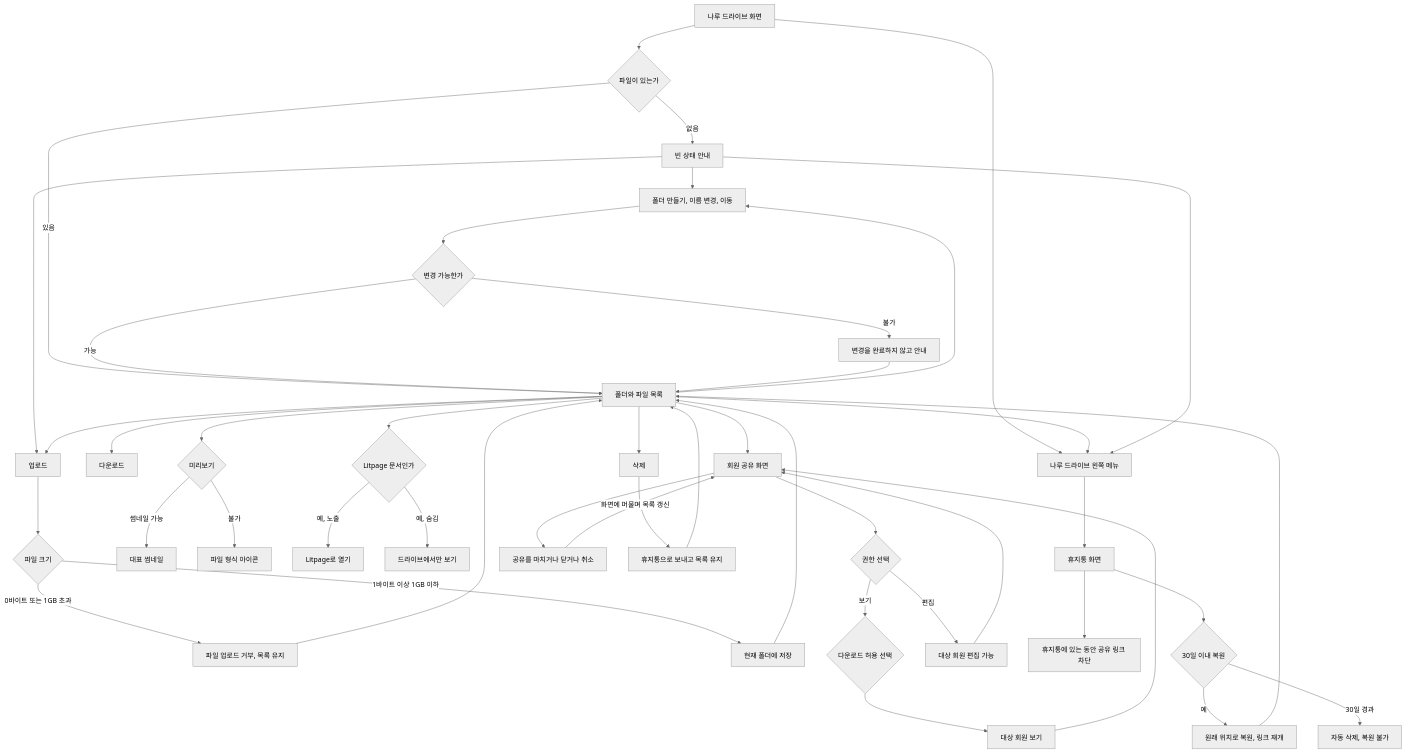
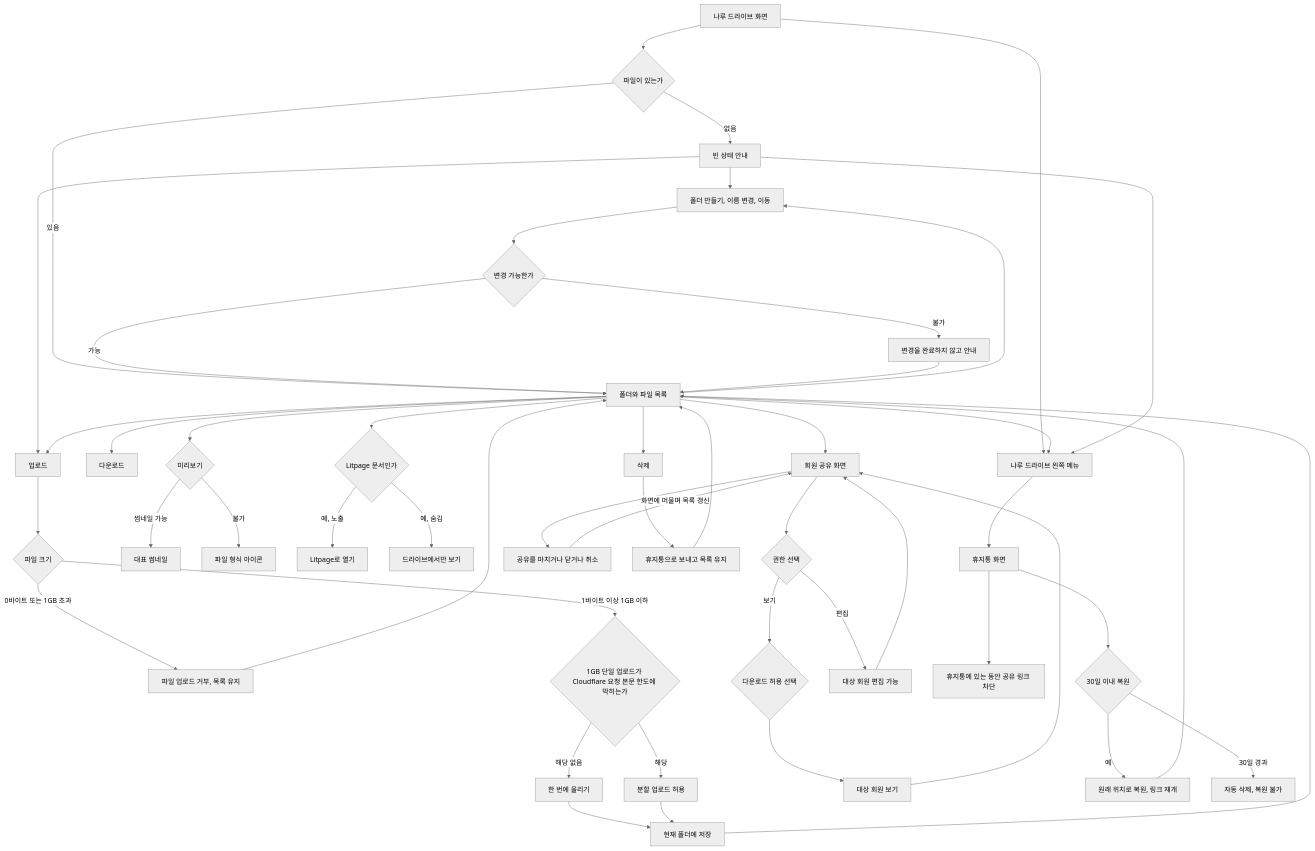
The third of 7 diagrams in docs/01-planning/user-flow/UF.md (HoBaeBang/naruworks-platform), drawn with Mermaid (neutral theme) before and after one commit. The commit also changed other lines of this file and 16 other files, not shown here.

````diff
--- a/docs/01-planning/user-flow/UF.md
+++ b/docs/01-planning/user-flow/UF.md
@@ -180,47 +181,51 @@
 ```mermaid
 flowchart TD
   enter["나루 드라이브 화면"] --> empty{"파일이 있는가"}
   empty -->|"없음"| emptyState["빈 상태 안내"]
   empty -->|"있음"| list["폴더와 파일 목록"]
   emptyState --> folderAct["폴더 만들기, 이름 변경, 이동"]
   list --> folderAct
   folderAct --> folderCheck{"변경 가능한가"}
   folderCheck -->|"가능"| list
   folderCheck -->|"불가"| folderFail["변경을 완료하지 않고 안내"]
   folderFail --> list
   emptyState --> upload["업로드"]
   list --> upload
   upload --> size{"파일 크기"}
   size -->|"0바이트 또는 1GB 초과"| reject["파일 업로드 거부, 목록 유지"]
   reject --> list
-  size -->|"1바이트 이상 1GB 이하"| stored["현재 폴더에 저장"]
+  size -->|"1바이트 이상 1GB 이하"| requestLimit{"1GB 단일 업로드가 Cloudflare 요청 본문 한도에 막히는가"}
+  requestLimit -->|"해당 없음"| single["한 번에 올리기"]
+  requestLimit -->|"해당"| split["분할 업로드 허용"]
+  single --> stored["현재 폴더에 저장"]
+  split --> stored
   stored --> list
   list --> download["다운로드"]
   list --> preview{"미리보기"}
   preview -->|"썸네일 가능"| thumb["대표 썸네일"]
   preview -->|"불가"| icon["파일 형식 아이콘"]
   list --> openDoc{"Litpage 문서인가"}
   openDoc -->|"예, 노출"| litpage["Litpage로 열기"]
   openDoc -->|"예, 숨김"| stay["드라이브에서만 보기"]
   list --> share["회원 공유 화면"]
   share --> perm{"권한 선택"}
   perm -->|"보기"| dl{"다운로드 허용 선택"}
   perm -->|"편집"| memberEdit["대상 회원 편집 가능"]
   dl --> memberView["대상 회원 보기"]
   memberView --> share
   memberEdit --> share
   share --> closeShare["공유를 마치거나 닫거나 취소"]
   closeShare -->|"화면에 머물며 목록 갱신"| share
   list --> del["삭제"]
   del --> moved["휴지통으로 보내고 목록 유지"]
   moved --> list
   enter --> leftNav["나루 드라이브 왼쪽 메뉴"]
   list --> leftNav
   emptyState --> leftNav
   leftNav --> trash["휴지통 화면"]
   trash --> linkHold["휴지통에 있는 동안 공유 링크 차단"]
   trash --> restore{"30일 이내 복원"}
   restore -->|"예"| back["원래 위치로 복원, 링크 재개"]
   back --> list
   restore -->|"30일 경과"| gone["자동 삭제, 복원 불가"]
 ```
````
